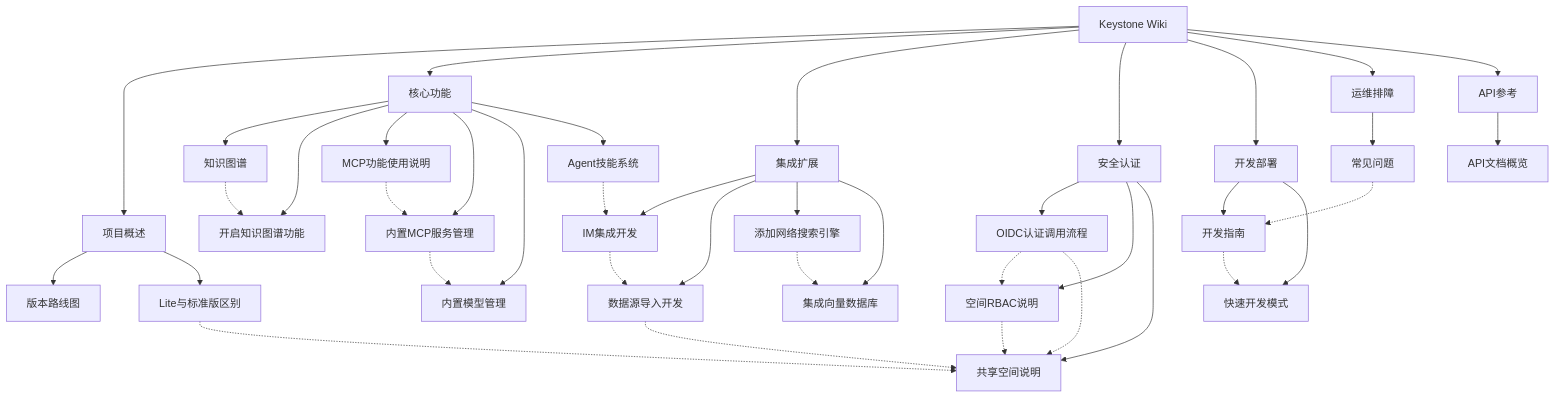
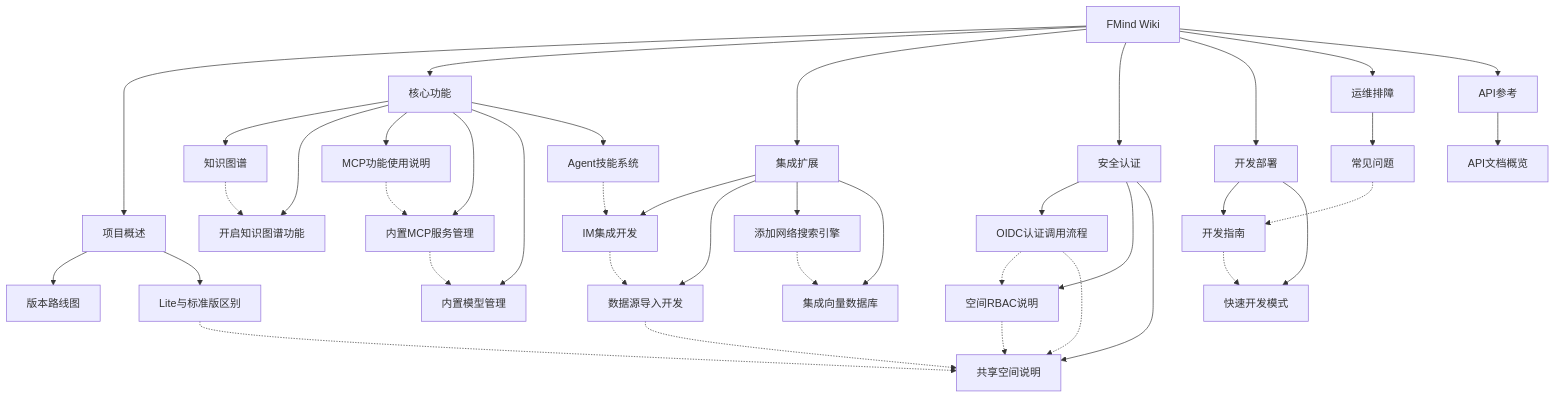
Before and after one commit to justaboyhai-wq/FTMind: the diagram in docs/wiki/Home.md, drawn with Mermaid. The commit also changed other lines of this file and 1359 other files, not shown here.

First line of the commit message:
rebrand: rename Keystone to FMind across the project

````diff
--- a/docs/wiki/Home.md
+++ b/docs/wiki/Home.md
@@ -71,51 +71,51 @@
 ```mermaid
 graph TB
-    Home[Keystone Wiki]
+    Home[FMind Wiki]
     Home --> 项目概述
     Home --> 核心功能
     Home --> 集成扩展
     Home --> 安全认证
     Home --> 开发部署
     Home --> 运维排障
     Home --> API参考
 
     项目概述 --> ROADMAP[版本路线图]
     项目概述 --> LITE[Lite与标准版区别]
 
     核心功能 --> KG[知识图谱]
     核心功能 --> KGSetup[开启知识图谱功能]
     核心功能 --> MCP[MCP功能使用说明]
     核心功能 --> BuiltinMCP[内置MCP服务管理]
     核心功能 --> BuiltinModel[内置模型管理]
     核心功能 --> Skills[Agent技能系统]
 
     集成扩展 --> IM[IM集成开发]
     集成扩展 --> DS[数据源导入开发]
     集成扩展 --> WebSearch[添加网络搜索引擎]
     集成扩展 --> VecDB[集成向量数据库]
 
     安全认证 --> OIDC[OIDC认证调用流程]
     安全认证 --> RBAC[空间RBAC说明]
     安全认证 --> SharedSpace[共享空间说明]
 
     开发部署 --> DevGuide[开发指南]
     开发部署 --> QuickDev[快速开发模式]
 
     运维排障 --> FAQ[常见问题]
 
     API参考 --> APIOverview[API文档概览]
 
     KG -.-> KGSetup
     MCP -.-> BuiltinMCP
     BuiltinMCP -.-> BuiltinModel
     Skills -.-> IM
     IM -.-> DS
     DS -.-> SharedSpace
     OIDC -.-> RBAC
     RBAC -.-> SharedSpace
     OIDC -.-> SharedSpace
     LITE -.-> SharedSpace
     WebSearch -.-> VecDB
     DevGuide -.-> QuickDev
     FAQ -.-> DevGuide
 ```
````
